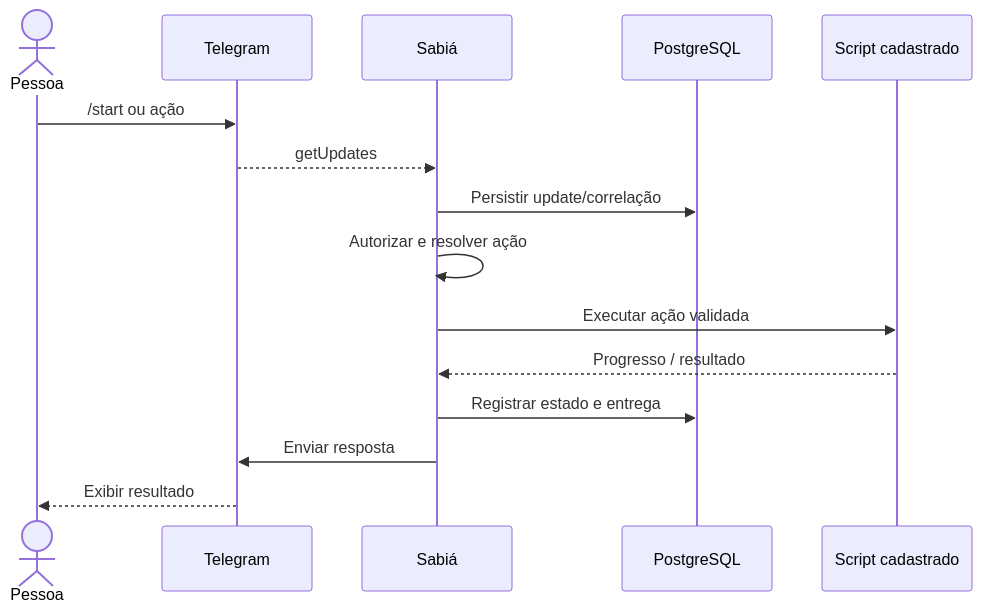
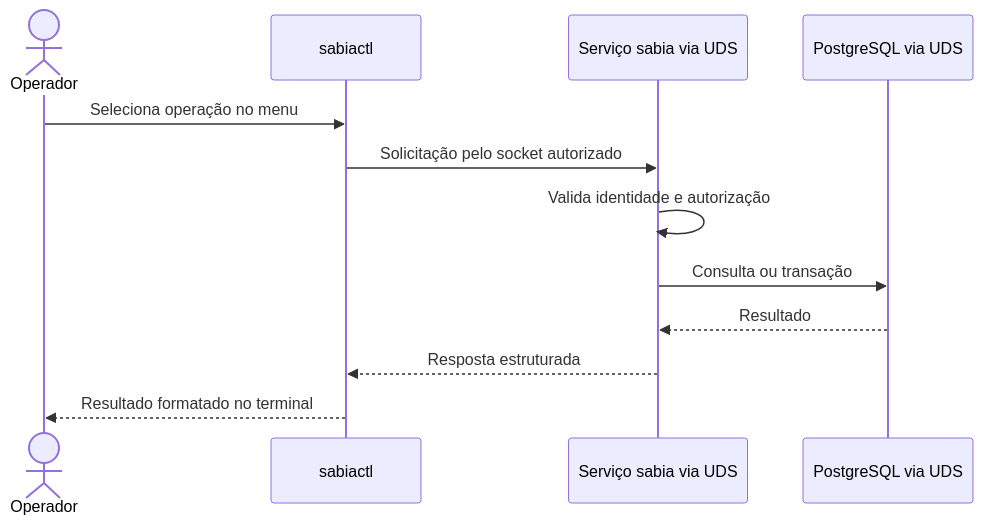
The second of 2 diagrams in docs/arquitetura.md (ahhvahh/a-bioma-sabia), drawn with Mermaid before and after one commit. The commit also changed other lines of this file and 7 other files, not shown here.

Commit message:
docs: add UDS isolation, database access groups and sabiactl design

````diff
--- a/docs/arquitetura.md
+++ b/docs/arquitetura.md
@@ -36,17 +29,14 @@
 ```mermaid
 sequenceDiagram
-    actor Pessoa
-    participant TG as Telegram
-    participant S as Sabiá
-    participant DB as PostgreSQL
-    participant P as Script cadastrado
-    Pessoa->>TG: /start ou ação
-    TG-->>S: getUpdates
-    S->>DB: Persistir update/correlação
-    S->>S: Autorizar e resolver ação
-    S->>P: Executar ação validada
-    P-->>S: Progresso / resultado
-    S->>DB: Registrar estado e entrega
-    S->>TG: Enviar resposta
-    TG-->>Pessoa: Exibir resultado
+    actor O as Operador
+    participant C as sabiactl
+    participant S as Serviço sabia via UDS
+    participant DB as PostgreSQL via UDS
+    O->>C: Seleciona operação no menu
+    C->>S: Solicitação pelo socket autorizado
+    S->>S: Valida identidade e autorização
+    S->>DB: Consulta ou transação
+    DB-->>S: Resultado
+    S-->>C: Resposta estruturada
+    C-->>O: Resultado formatado no terminal
 ```
````
